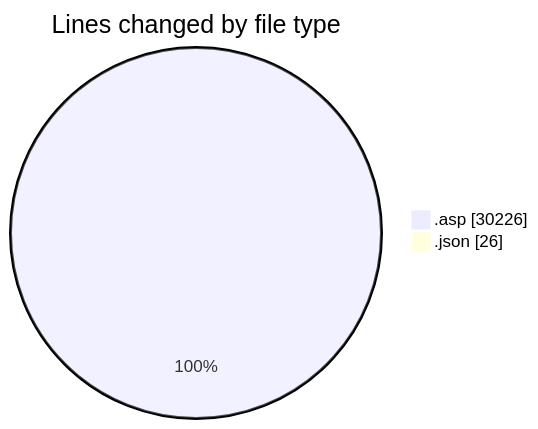
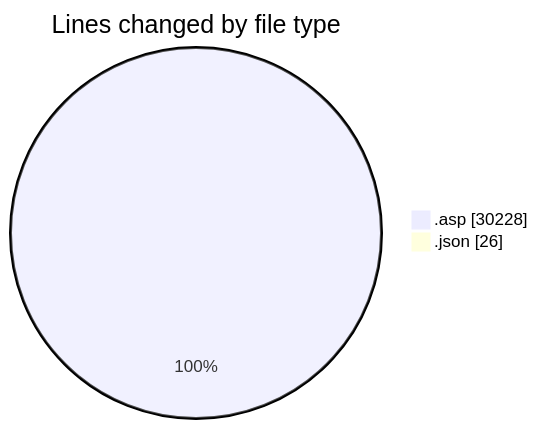
Before and after one commit to julien-gomy/code-tracking: the first of 2 diagrams in 2025-11-27/cdp_aleoudev_fr__workspace_/README.md, drawn with Mermaid. The commit also changed other lines of this file and 1 other file, not shown here.

````diff
--- a/2025-11-27/cdp_aleoudev_fr__workspace_/README.md
+++ b/2025-11-27/cdp_aleoudev_fr__workspace_/README.md
@@ -44,6 +44,6 @@
 ```mermaid
 pie showData
 title Lines changed by file type
-".asp" : 30226
+".asp" : 30228
 ".json" : 26
 ```
````
